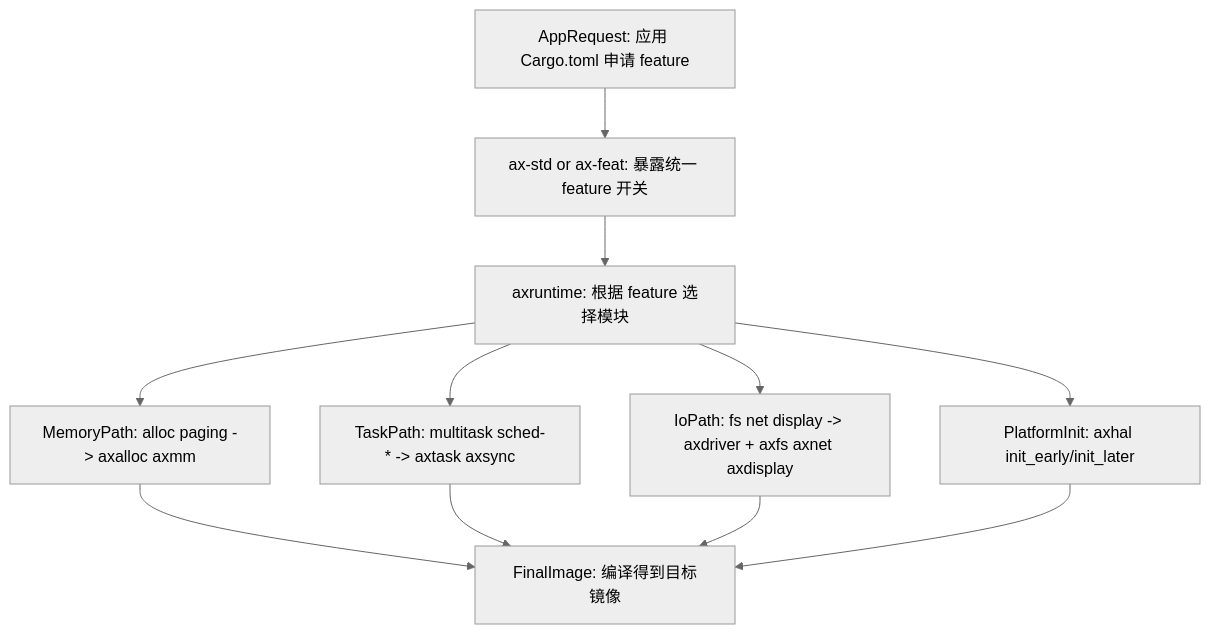
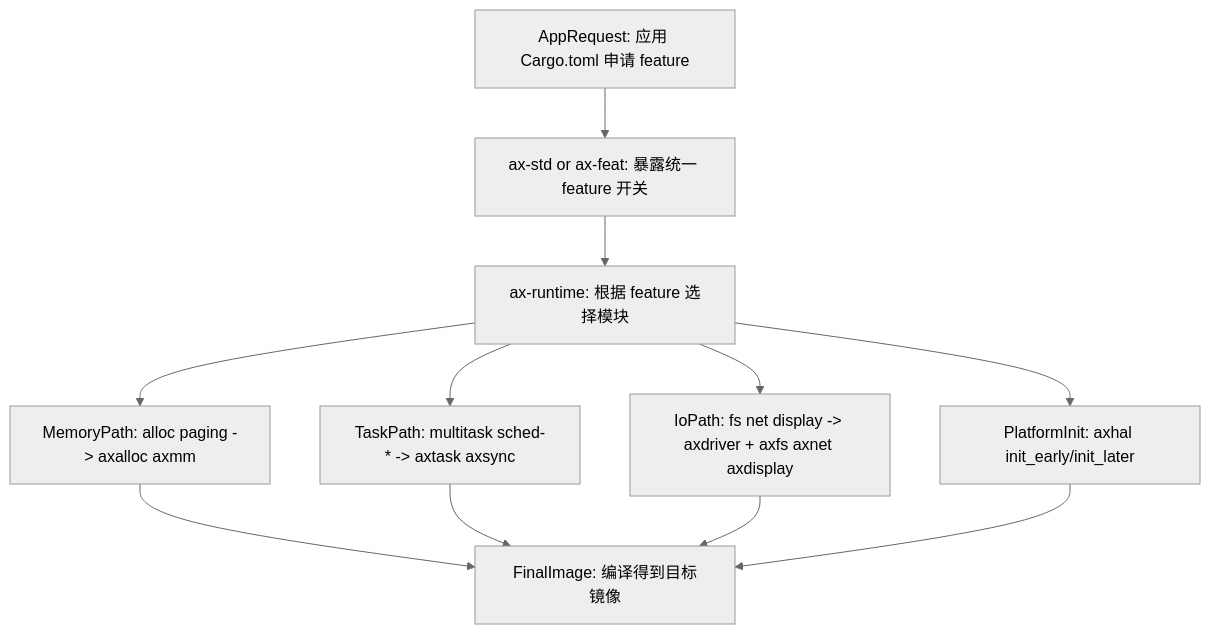
The second of 5 diagrams in docs/arceos-internals.md (zKurisu/tgoskits), drawn with Mermaid (neutral theme) before and after one commit. The commit also changed other lines of this file and 69 other files, not shown here.

Commit message:
rename axruntime to ax-runtime

````diff
--- a/docs/arceos-internals.md
+++ b/docs/arceos-internals.md
@@ -122,22 +122,22 @@
 ```mermaid
 flowchart TD
     appRequest["AppRequest: 应用 Cargo.toml 申请 feature"]
     axstdAxfeat["ax-std or ax-feat: 暴露统一 feature 开关"]
-    runtimeGate["axruntime: 根据 feature 选择模块"]
+    runtimeGate["ax-runtime: 根据 feature 选择模块"]
     memPath["MemoryPath: alloc paging -> axalloc axmm"]
     taskPath["TaskPath: multitask sched-* -> axtask axsync"]
     ioPath["IoPath: fs net display -> axdriver + axfs axnet axdisplay"]
     platformInit["PlatformInit: axhal init_early/init_later"]
     finalImage["FinalImage: 编译得到目标镜像"]
 
     appRequest --> axstdAxfeat
     axstdAxfeat --> runtimeGate
     runtimeGate --> memPath
     runtimeGate --> taskPath
     runtimeGate --> ioPath
     runtimeGate --> platformInit
     memPath --> finalImage
     taskPath --> finalImage
     ioPath --> finalImage
     platformInit --> finalImage
 ```
````
